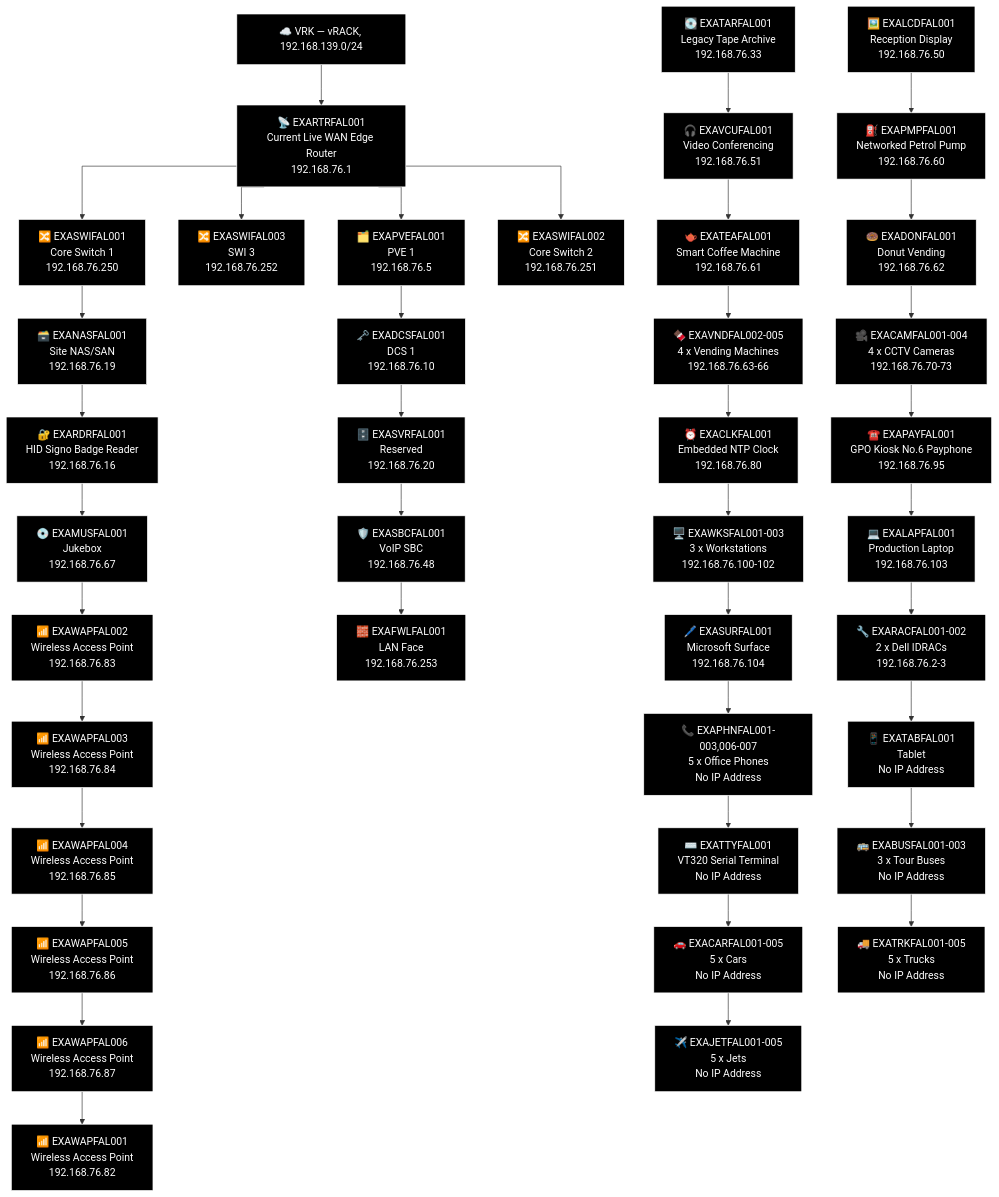
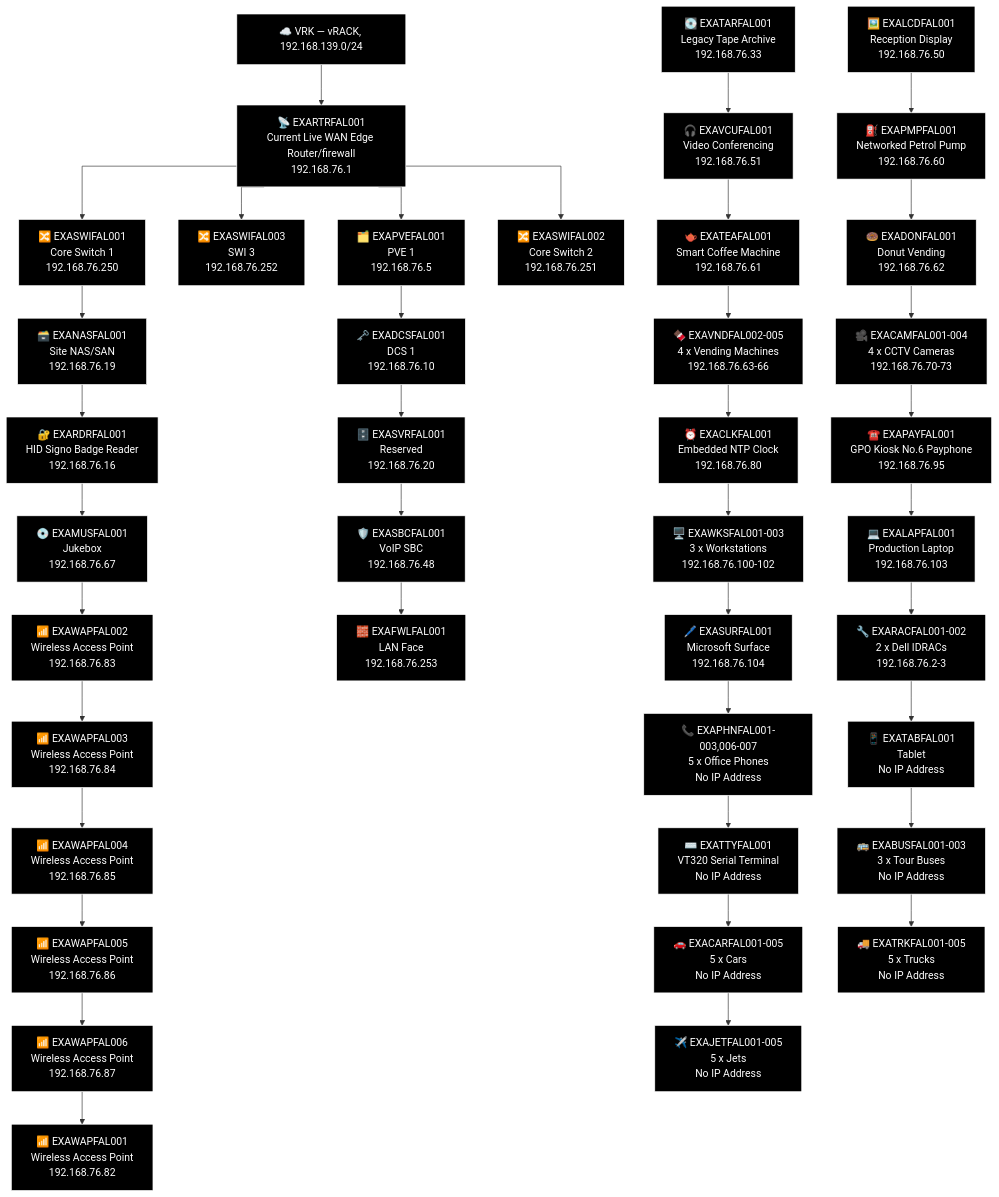
Before and after one commit to knightmare2600/example_music_infra: the third of 21 diagrams in docs/network-diagram/scotland.md, drawn with Mermaid. The commit also changed 7 other files, not shown here.

```diff
--- a/docs/network-diagram/scotland.md
+++ b/docs/network-diagram/scotland.md
@@ -230,7 +230,7 @@
 %%{init: {'flowchart': {'curve': 'stepAfter'}}}%%
 graph TD
     T_VRK["☁️ VRK — vRACK, 192.168.139.0/24"]
-    T_RTR["📡 EXARTRFAL001<br/>Current Live WAN Edge Router<br/>192.168.76.1"]
+    T_RTR["📡 EXARTRFAL001<br/>Current Live WAN Edge Router/firewall<br/>192.168.76.1"]
     T_VRK --> T_RTR
     T_PVE["🗂️ EXAPVEFAL001<br/>PVE 1<br/>192.168.76.5"]
     T_RTR --> T_PVE
```
